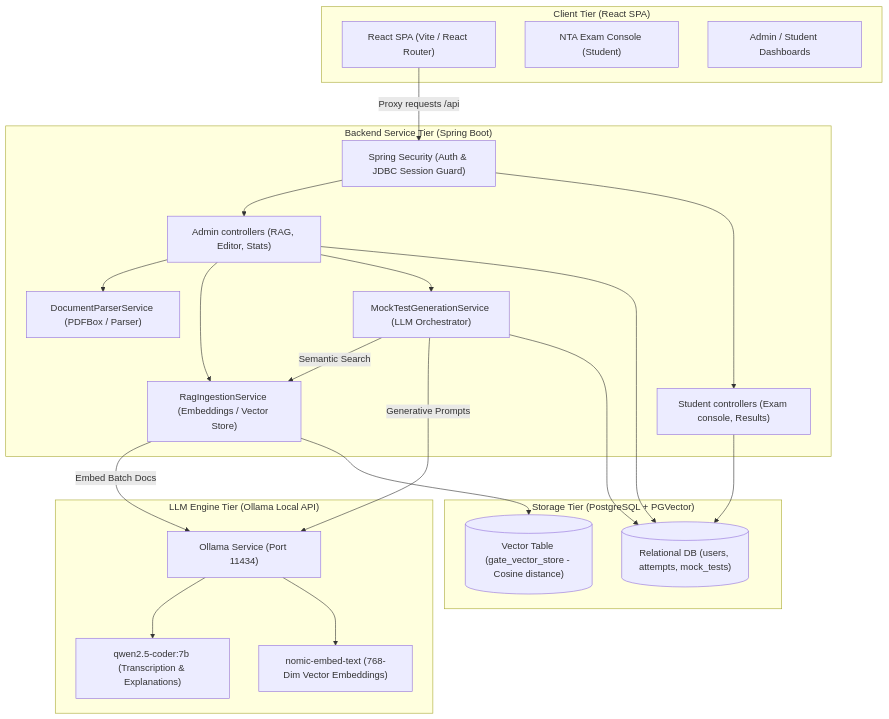
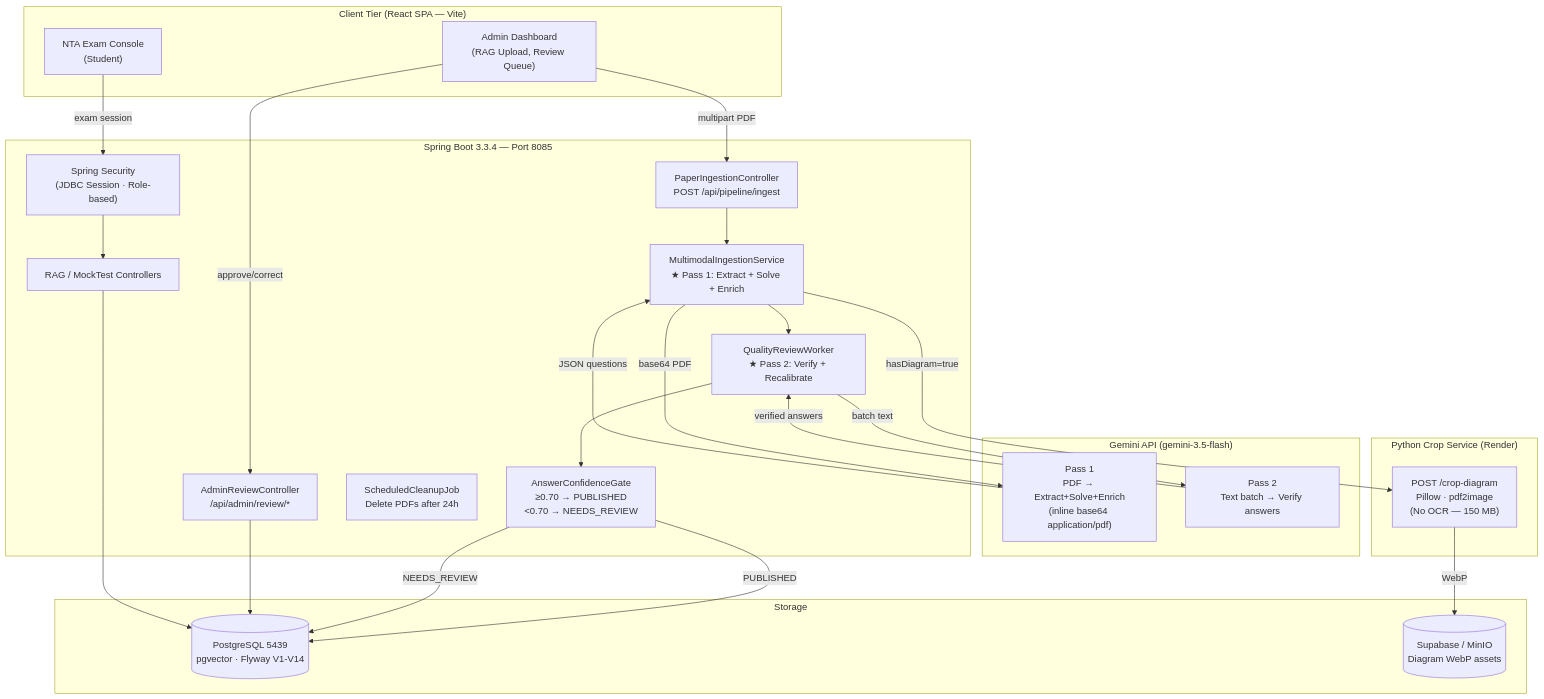
One commit to piyush118-b/GateMockAI changed the first of 3 diagrams in README.md. Above: the diagram before and after it, drawn with Mermaid. The commit also changed other lines of this file and 61 other files, not shown here.

````diff
--- a/README.md
+++ b/README.md
@@ -30,48 +35,50 @@
 ```mermaid
 graph TD
-    subgraph Client ["Client Tier (React SPA)"]
-        UI["React SPA (Vite / React Router)"]
-        Console["NTA Exam Console (Student)"]
-        Dashboard["Admin / Student Dashboards"]
+    subgraph Client["Client Tier (React SPA — Vite)"]
+        AdminUI["Admin Dashboard\n(RAG Upload, Review Queue)"]
+        StudentUI["NTA Exam Console\n(Student)"]
     end
 
-    subgraph API ["Backend Service Tier (Spring Boot)"]
-        Security["Spring Security (Auth & JDBC Session Guard)"]
-        AdminController["Admin controllers (RAG, Editor, Stats)"]
-        StudentController["Student controllers (Exam console, Results)"]
-        RAGService["RagIngestionService (Embeddings / Vector Store)"]
-        GenService["MockTestGenerationService (LLM Orchestrator)"]
-        Parser["DocumentParserService (PDFBox / Parser)"]
+    subgraph Backend["Spring Boot 3.3.4 — Port 8085"]
+        Security["Spring Security\n(JDBC Session · Role-based)"]
+        IngestCtrl["PaperIngestionController\nPOST /api/pipeline/ingest"]
+        MIS["MultimodalIngestionService\n★ Pass 1: Extract + Solve + Enrich"]
+        QRW["QualityReviewWorker\n★ Pass 2: Verify + Recalibrate"]
+        Gate["AnswerConfidenceGate\n≥0.70 → PUBLISHED\n<0.70 → NEEDS_REVIEW"]
+        ReviewCtrl["AdminReviewController\n/api/admin/review/*"]
+        RagCtrl["RAG / MockTest Controllers"]
+        Cleanup["ScheduledCleanupJob\nDelete PDFs after 24h"]
     end
 
-    subgraph Storage ["Storage Tier (PostgreSQL + PGVector)"]
-        DB[("Relational DB (users, attempts, mock_tests)")]
-        VS[("Vector Table (gate_vector_store - Cosine distance)")]
+    subgraph Gemini["Gemini API (gemini-3.5-flash)"]
+        Pass1["Pass 1\nPDF → Extract+Solve+Enrich\n(inline base64 application/pdf)"]
+        Pass2["Pass 2\nText batch → Verify answers"]
     end
 
-    subgraph Models ["LLM Engine Tier (Ollama Local API)"]
-        Ollama["Ollama Service (Port 11434)"]
-        Qwen["qwen2.5-coder:7b (Transcription & Explanations)"]
-        Nomic["nomic-embed-text (768-Dim Vector Embeddings)"]
+    subgraph Storage["Storage"]
+        PG[("PostgreSQL 5439\npgvector · Flyway V1-V14")]
+        Supabase[("Supabase / MinIO\nDiagram WebP assets")]
     end
 
-    UI -->|Proxy requests /api| Security
-    Security --> AdminController
-    Security --> StudentController
-    
-    AdminController --> Parser
-    AdminController --> RAGService
-    AdminController --> GenService
-    
-    GenService -->|Semantic Search| RAGService
-    GenService -->|Generative Prompts| Ollama
-    RAGService -->|Embed Batch Docs| Ollama
-    
-    Ollama --> Qwen
-    Ollama --> Nomic
-    
-    RAGService --> VS
-    GenService --> DB
-    AdminController --> DB
-    StudentController --> DB
+    subgraph Python["Python Crop Service (Render)"]
+        Crop["POST /crop-diagram\nPillow · pdf2image\n(No OCR — 150 MB)"]
+    end
+
+    AdminUI -->|multipart PDF| IngestCtrl
+    IngestCtrl --> MIS
+    MIS -->|base64 PDF| Pass1
+    Pass1 -->|JSON questions| MIS
+    MIS --> QRW
+    QRW -->|batch text| Pass2
+    Pass2 -->|verified answers| QRW
+    QRW --> Gate
+    Gate -->|PUBLISHED| PG
+    Gate -->|NEEDS_REVIEW| PG
+    MIS -->|hasDiagram=true| Crop
+    Crop -->|WebP| Supabase
+    ReviewCtrl --> PG
+    AdminUI -->|approve/correct| ReviewCtrl
+    StudentUI -->|exam session| Security
+    Security --> RagCtrl
+    RagCtrl --> PG
 ```
````
